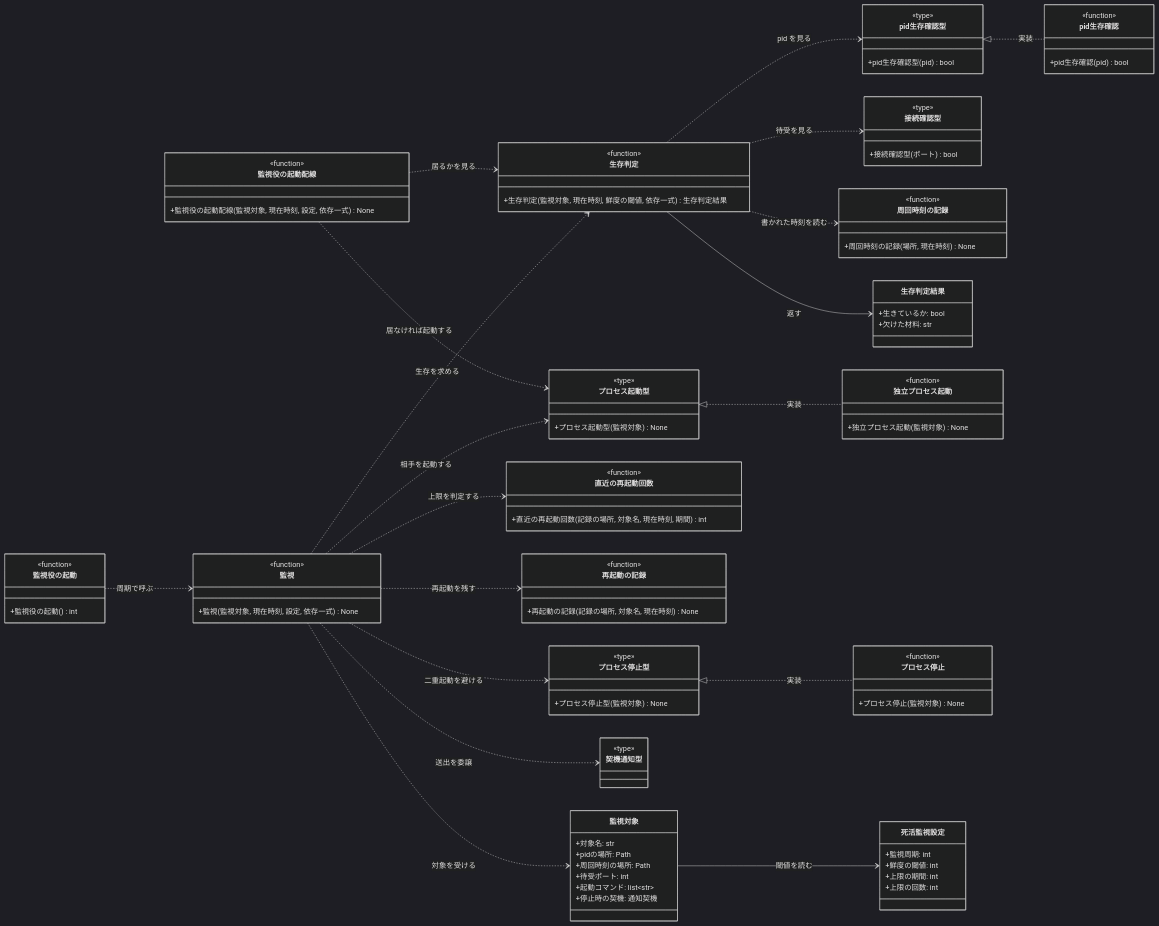
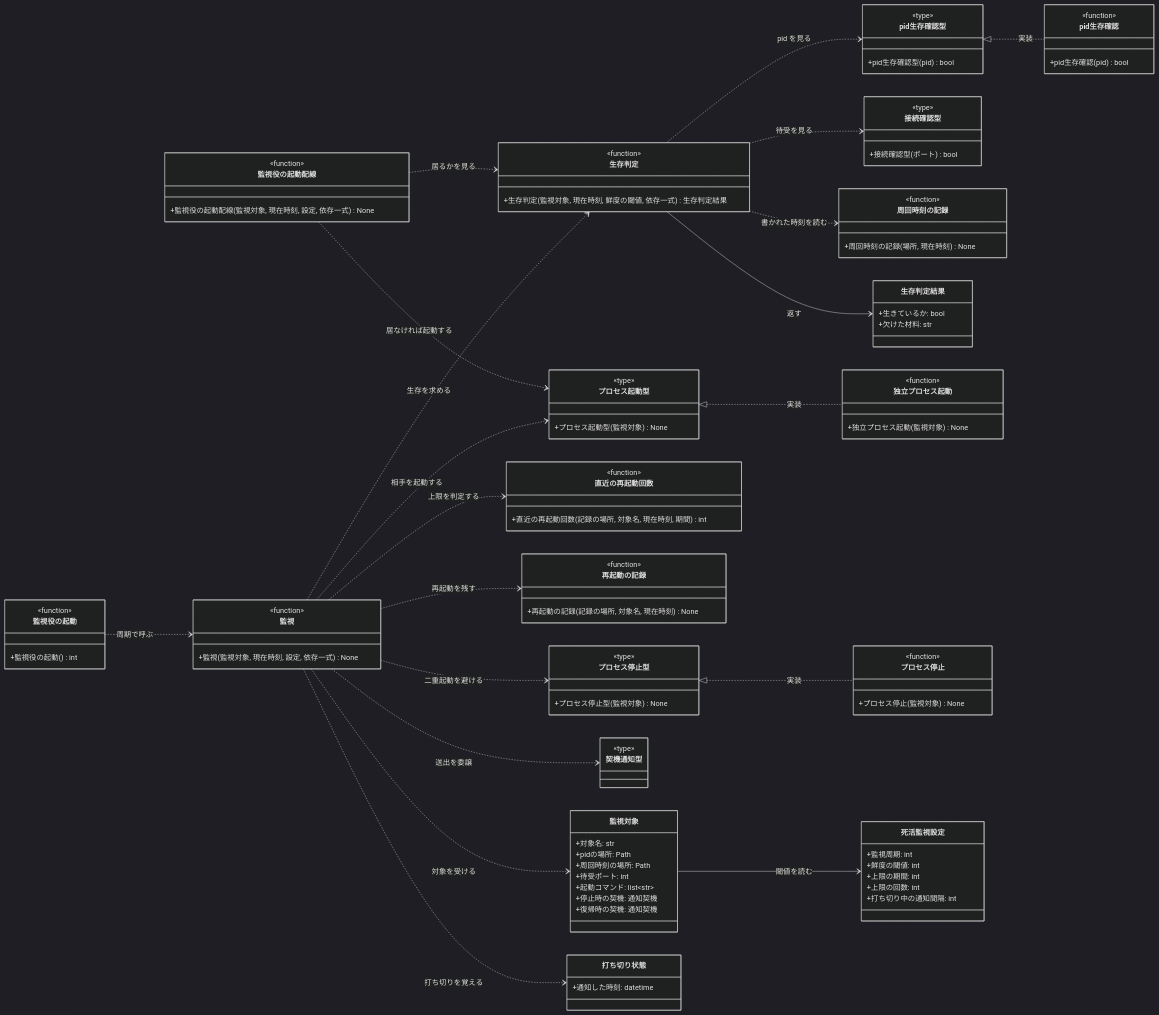
One commit to shuhei1101/ai-monitor changed the diagram in docs/wiki/設計図/モジュール構成/モニター/死活監視.py.md. Above: the diagram before and after it, drawn with Mermaid (dark theme). The commit also changed other lines of this file and 17 other files, not shown here.

```diff
--- a/docs/wiki/設計図/モジュール構成/モニター/死活監視.py.md
+++ b/docs/wiki/設計図/モジュール構成/モニター/死活監視.py.md
@@ -60,6 +61,7 @@
   監視 ..> プロセス停止型 : 二重起動を避ける
   監視 ..> 契機通知型 : 送出を委譲
   監視 ..> 監視対象 : 対象を受ける
+  監視 ..> 打ち切り状態 : 打ち切りを覚える
   生存判定 ..> pid生存確認型 : pid を見る
   生存判定 ..> 接続確認型 : 待受を見る
   生存判定 ..> 周回時刻の記録 : 書かれた時刻を読む
@@ -111,6 +113,7 @@
     +待受ポート: int
     +起動コマンド: list~str~
     +停止時の契機: 通知契機
+    +復帰時の契機: 通知契機
   }
 
   class 生存判定結果 {
@@ -118,11 +121,16 @@
     +欠けた材料: str
   }
 
+  class 打ち切り状態 {
+    +通知した時刻: datetime
+  }
+
   class 死活監視設定 {
     +監視周期: int
     +鮮度の閾値: int
     +上限の期間: int
     +上限の回数: int
+    +打ち切り中の通知間隔: int
   }
 
   class pid生存確認型 {
@@ -173,6 +181,7 @@
   click 周回時刻の記録 href "#周回時刻の記録"
   click 監視対象 href "#監視対象"
   click 生存判定結果 href "#生存判定結果"
+  click 打ち切り状態 href "#打ち切り状態"
   click 死活監視設定 href "#死活監視設定"
   click pid生存確認型 href "#pid生存確認型"
   click 接続確認型 href "#接続確認型"
```
